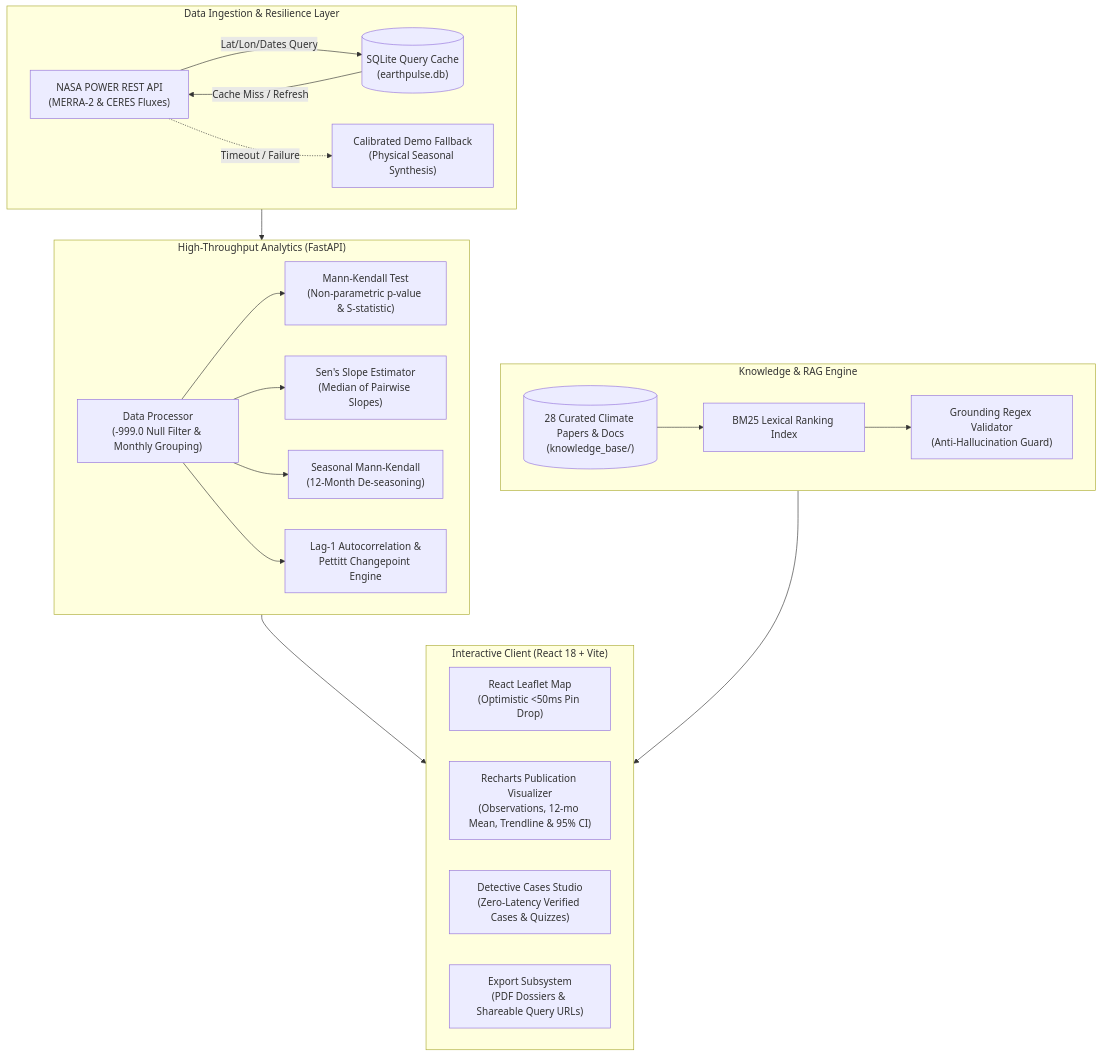
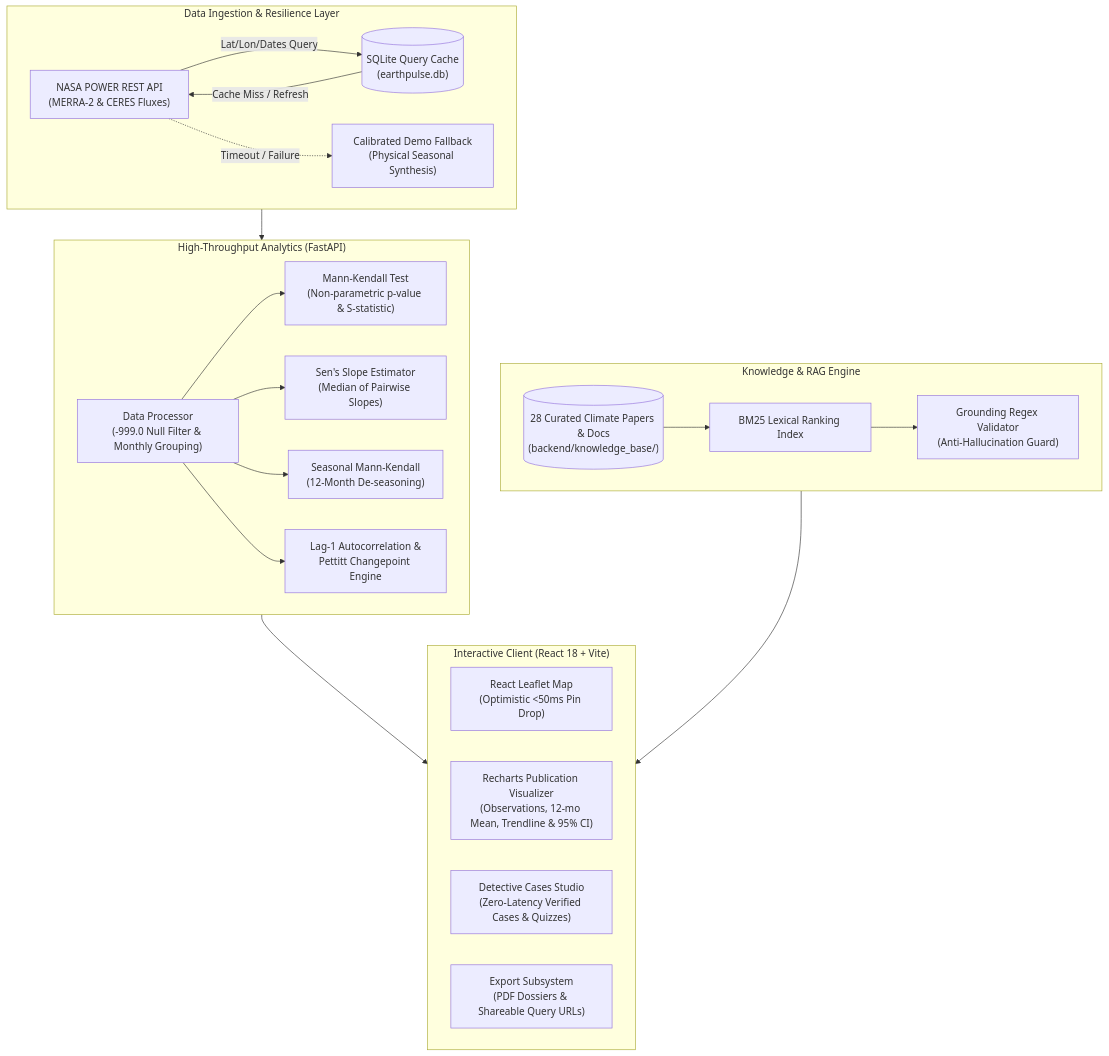
The diagram in README.md (architraj126-stack/earthpulse-ai), drawn with Mermaid before and after one commit. The commit also changed other lines of this file and 9 other files, not shown here.

````diff
--- a/README.md
+++ b/README.md
@@ -58,42 +58,42 @@
 ```mermaid
 flowchart TD
     subgraph Data_Layer ["Data Ingestion & Resilience Layer"]
         NASA["NASA POWER REST API<br/>(MERRA-2 & CERES Fluxes)"]
         Cache[("SQLite Query Cache<br/>(earthpulse.db)")]
         Fallback["Calibrated Demo Fallback<br/>(Physical Seasonal Synthesis)"]
         NASA -->|Lat/Lon/Dates Query| Cache
         Cache -->|Cache Miss / Refresh| NASA
         NASA -.->|Timeout / Failure| Fallback
     end
 
     subgraph Analytical_Engine ["High-Throughput Analytics (FastAPI)"]
         Clean["Data Processor<br/>(-999.0 Null Filter & Monthly Grouping)"]
         MK["Mann-Kendall Test<br/>(Non-parametric p-value & S-statistic)"]
         Sen["Sen's Slope Estimator<br/>(Median of Pairwise Slopes)"]
         SMK["Seasonal Mann-Kendall<br/>(12-Month De-seasoning)"]
         Autocorr["Lag-1 Autocorrelation &<br/>Pettitt Changepoint Engine"]
         Clean --> MK
         Clean --> Sen
         Clean --> SMK
         Clean --> Autocorr
     end
 
     subgraph Grounded_AI ["Knowledge & RAG Engine"]
-        KB[("28 Curated Climate Papers & Docs<br/>(knowledge_base/)")]
+        KB[("28 Curated Climate Papers & Docs<br/>(backend/knowledge_base/)")]
         BM25["BM25 Lexical Ranking Index"]
         Validator["Grounding Regex Validator<br/>(Anti-Hallucination Guard)"]
         KB --> BM25
         BM25 --> Validator
     end
 
     subgraph Frontend_App ["Interactive Client (React 18 + Vite)"]
         Leaflet["React Leaflet Map<br/>(Optimistic <50ms Pin Drop)"]
         Charts["Recharts Publication Visualizer<br/>(Observations, 12-mo Mean, Trendline & 95% CI)"]
         Cases["Detective Cases Studio<br/>(Zero-Latency Verified Cases & Quizzes)"]
         Export["Export Subsystem<br/>(PDF Dossiers & Shareable Query URLs)"]
     end
 
     Data_Layer --> Analytical_Engine
     Analytical_Engine --> Frontend_App
     Grounded_AI --> Frontend_App
 ```
````
